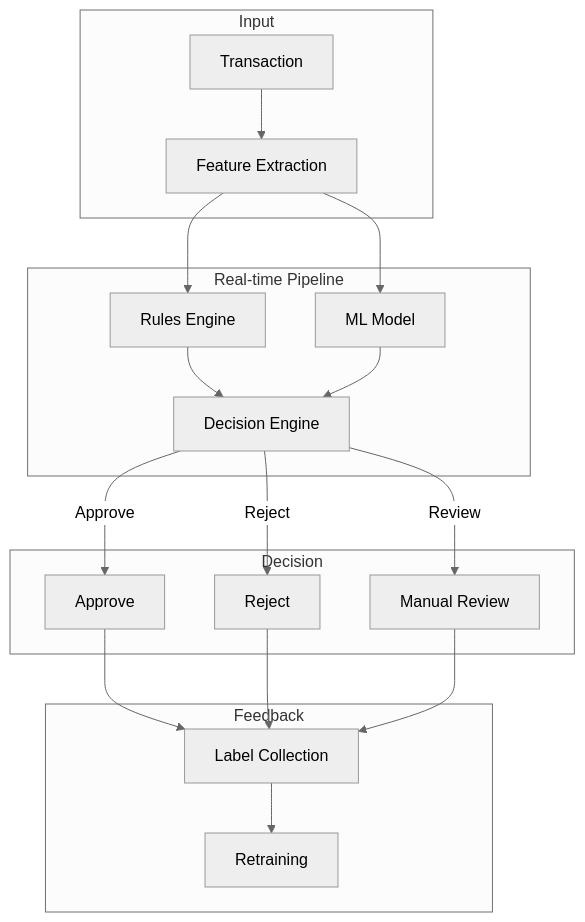
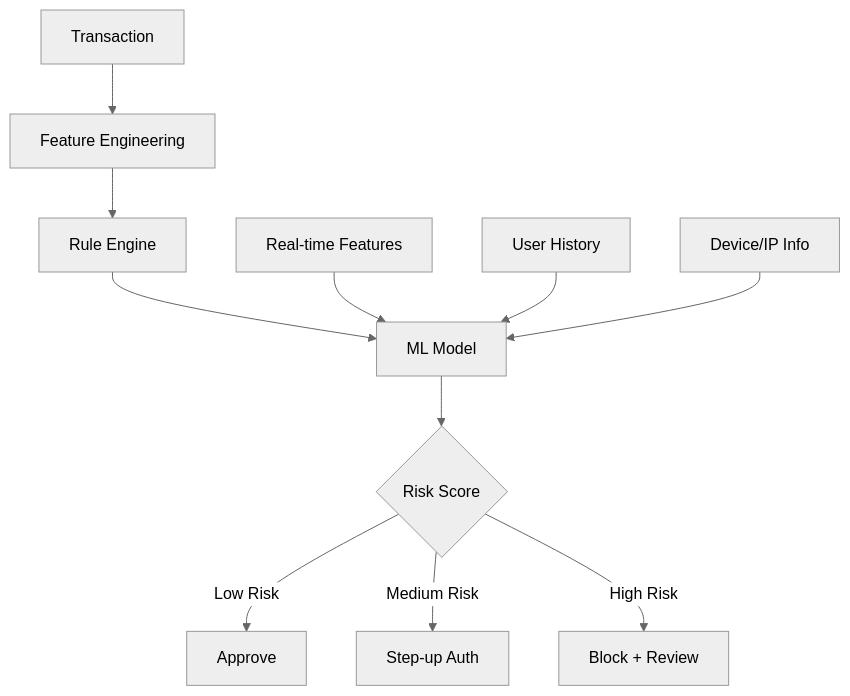
The diagram in src/ml/system-design/fraud-detection.md (vanos001/placement_prep), drawn with Mermaid (neutral theme) before and after one commit. The commit also changed other lines of this file and 13 other files, not shown here.

````diff
--- a/src/ml/system-design/fraud-detection.md
+++ b/src/ml/system-design/fraud-detection.md
@@ -9,26 +9,13 @@
 ```mermaid
-graph TB
-    subgraph "Input"
-        T[Transaction] --> F[Feature Extraction]
-    end
-    
-    subgraph "Real-time Pipeline"
-        F --> R[Rules Engine]
-        F --> M[ML Model]
-        R --> D[Decision Engine]
-        M --> D
-    end
-    
-    subgraph "Decision"
-        D -->|Approve| A[Approve]
-        D -->|Reject| RJ[Reject]
-        D -->|Review| RV[Manual Review]
-    end
-    
-    subgraph "Feedback"
-        A --> L[Label Collection]
-        RJ --> L
-        RV --> L
-        L --> RT[Retraining]
-    end
+graph TD
+    A[Transaction] --> B[Feature Engineering]
+    B --> C[Rule Engine]
+    C --> D[ML Model]
+    D --> E{Risk Score}
+    E -->|Low Risk| F[Approve]
+    E -->|Medium Risk| G[Step-up Auth]
+    E -->|High Risk| H[Block + Review]
+    I[Real-time Features] --> D
+    J[User History] --> D
+    K[Device/IP Info] --> D
 ```
````
